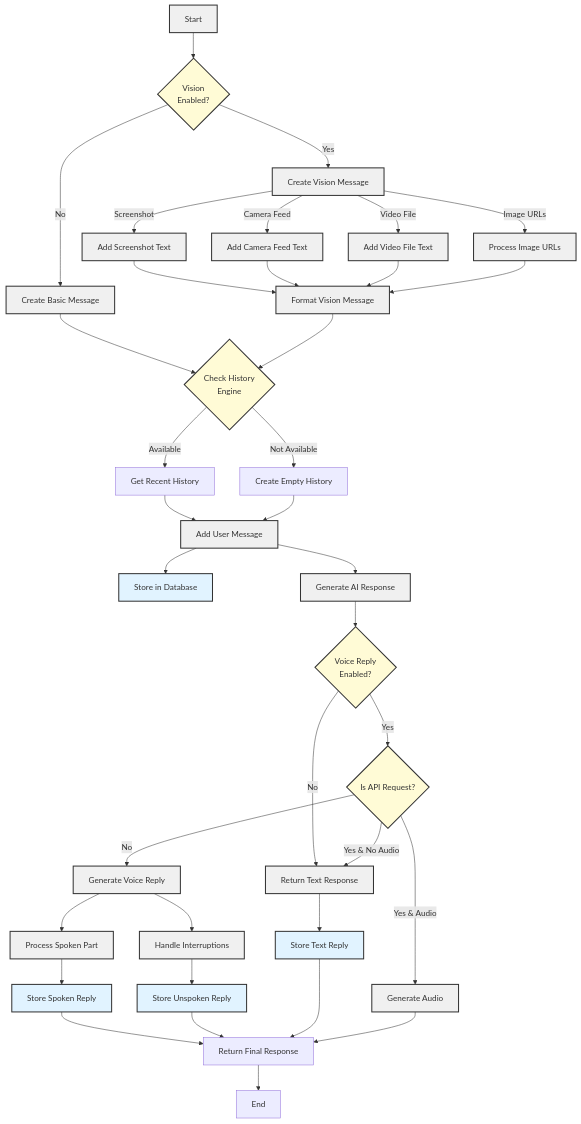
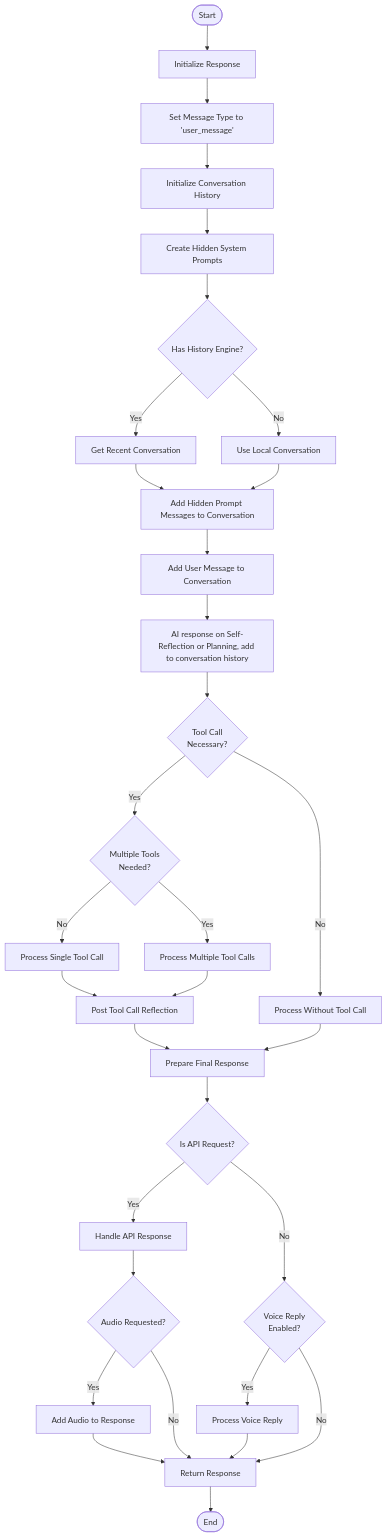
Before and after one commit to as99if/MyAI: the fifth of 5 diagrams in my_ai/src/core/my_ai_assistant.md, drawn with Mermaid. The commit also changed 16 other files, not shown here.

````diff
--- a/my_ai/src/core/my_ai_assistant.md
+++ b/my_ai/src/core/my_ai_assistant.md
@@ -147,59 +147,49 @@
 ```mermaid
 flowchart TD
-    %% Initial message handling
-    A[Start] --> B{Vision\nEnabled?}
-    B -->|No| C[Create Basic Message]
-    B -->|Yes| D[Create Vision Message]
+    Start([Start]) --> InitResponse[Initialize Response]
+    InitResponse --> SetMsgType[Set Message Type to 'user_message']
+    SetMsgType --> InitHistory[Initialize Conversation History]
     
-    %% Vision message processing
-    D -->|Screenshot| E1[Add Screenshot Text]
-    D -->|Camera Feed| E2[Add Camera Feed Text]
-    D -->|Video File| E3[Add Video File Text]
-    D -->|Image URLs| E4[Process Image URLs]
-    E1 & E2 & E3 & E4 --> F[Format Vision Message]
+    InitHistory --> CreatePrompts[Create Hidden System Prompts]
+    CreatePrompts --> HasHistoryEngine{Has History Engine?}
     
-    C & F --> G{Check History\nEngine}
+    HasHistoryEngine -->|Yes| GetRecentConv[Get Recent Conversation]
+    HasHistoryEngine -->|No| UseLocalConv[Use Local Conversation]
     
-    %% Conversation history handling
-    G -->|Available| H1[Get Recent History]
-    G -->|Not Available| H2[Create Empty History]
-    H1 & H2 --> I[Add User Message]
-    I --> J[Store in Database]
+    GetRecentConv --> AddSystemMsgs[Add Hidden Prompt Messages to Conversation]
+    UseLocalConv --> AddSystemMsgs
+    AddSystemMsgs --> AddUserMsg[Add User Message to Conversation]
     
-    %% Generate AI Response
-    I --> K[Generate AI Response]
+    AddUserMsg --> GenInitialResp[AI response on Self-Reflection or Planning, add to conversation history]
     
-    %% Process Response
-    K --> L{Voice Reply\nEnabled?}
+    GenInitialResp --> IsToolCallNeeded{Tool Call<br>Necessary?}
     
-    %% Handle different response types
-    L -->|No| M1[Return Text Response]
-    L -->|Yes| N{Is API Request?}
+    IsToolCallNeeded -->|Yes| IsMultiTool{Multiple Tools<br>Needed?}
+    IsToolCallNeeded -->|No| ProceedWithoutTool[Process Without Tool Call]
     
-    N -->|Yes & Audio| O1[Generate Audio]
-    N -->|Yes & No Audio| M1
-    N -->|No| O2[Generate Voice Reply]
+    IsMultiTool -->|No| SingleToolCall[Process Single Tool Call]
+    IsMultiTool -->|Yes| MultiToolCall[Process Multiple Tool Calls]
     
-    %% Voice reply processing
-    O2 --> P1[Process Spoken Part]
-    O2 --> P2[Handle Interruptions]
+    SingleToolCall --> PostReflection[Post Tool Call Reflection]
+    MultiToolCall --> PostReflection
     
-    %% Store responses
-    P1 --> Q1[Store Spoken Reply]
-    P2 --> Q2[Store Unspoken Reply]
-    M1 --> Q3[Store Text Reply]
+    PostReflection --> PrepareResponse[Prepare Final Response]
+    ProceedWithoutTool --> PrepareResponse
     
-    %% Final response
-    Q1 & Q2 & Q3 --> R[Return Final Response]
-    O1 --> R
-    R --> S[End]
-
-    %% Styling
-    classDef process fill:#f0f0f0,stroke:#333,stroke-width:2px
-    classDef decision fill:#fffbd6,stroke:#333,stroke-width:2px
-    classDef storage fill:#e1f3ff,stroke:#333,stroke-width:2px
+    PrepareResponse --> IsApiRequest{Is API Request?}
     
-    class A,C,D,E1,E2,E3,E4,F,I,K,M1,O1,O2,P1,P2 process
-    class B,G,L,N decision
-    class J,Q1,Q2,Q3 storage
+    IsApiRequest -->|Yes| HandleApiResponse[Handle API Response]
+    IsApiRequest -->|No| IsVoiceEnabled{Voice Reply<br>Enabled?}
+    
+    HandleApiResponse --> NeedsAudio{Audio Requested?}
+    NeedsAudio -->|Yes| AddAudioResponse[Add Audio to Response]
+    NeedsAudio -->|No| ReturnResponse[Return Response]
+    
+    IsVoiceEnabled -->|Yes| ProcessVoiceReply[Process Voice Reply]
+    IsVoiceEnabled -->|No| ReturnResponse
+    
+    AddAudioResponse --> ReturnResponse
+    ProcessVoiceReply --> ReturnResponse
+    
+    ReturnResponse --> End([End])
 ```
````
